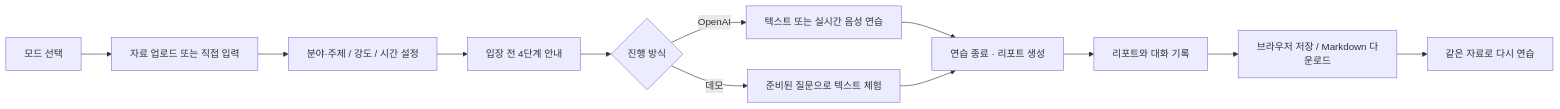
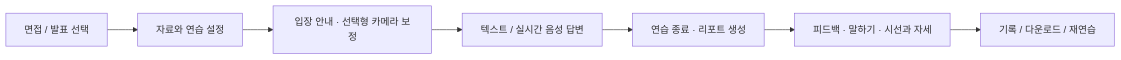
One commit to luckyandy7/rehearsal-studio changed the first of 2 diagrams in README.md. Above: the diagram before and after it, drawn with Mermaid. The commit also changed other lines of this file and 5 other files, not shown here.

Commit message:
Restructure README with current screenshots architecture and verification

````diff
--- a/README.md
+++ b/README.md
@@ -59,14 +91,9 @@
 ```mermaid
 flowchart LR
-    A[모드 선택] --> B[자료 업로드 또는 직접 입력]
-    B --> C[분야·주제 / 강도 / 시간 설정]
-    C --> Guide[입장 전 4단계 안내]
-    Guide --> D{진행 방식}
-    D -->|OpenAI| E[텍스트 또는 실시간 음성 연습]
-    D -->|데모| F[준비된 질문으로 텍스트 체험]
-    E --> Finish[연습 종료 · 리포트 생성]
-    F --> Finish
-    Finish --> G[리포트와 대화 기록]
-    G --> H[브라우저 저장 / Markdown 다운로드]
-    H --> I[같은 자료로 다시 연습]
+    A["면접 / 발표 선택"] --> B["자료와 연습 설정"]
+    B --> C["입장 안내 · 선택형 카메라 보정"]
+    C --> D["텍스트 / 실시간 음성 답변"]
+    D --> E["연습 종료 · 리포트 생성"]
+    E --> F["피드백 · 말하기 · 시선과 자세"]
+    F --> G["기록 / 다운로드 / 재연습"]
 ```
````
